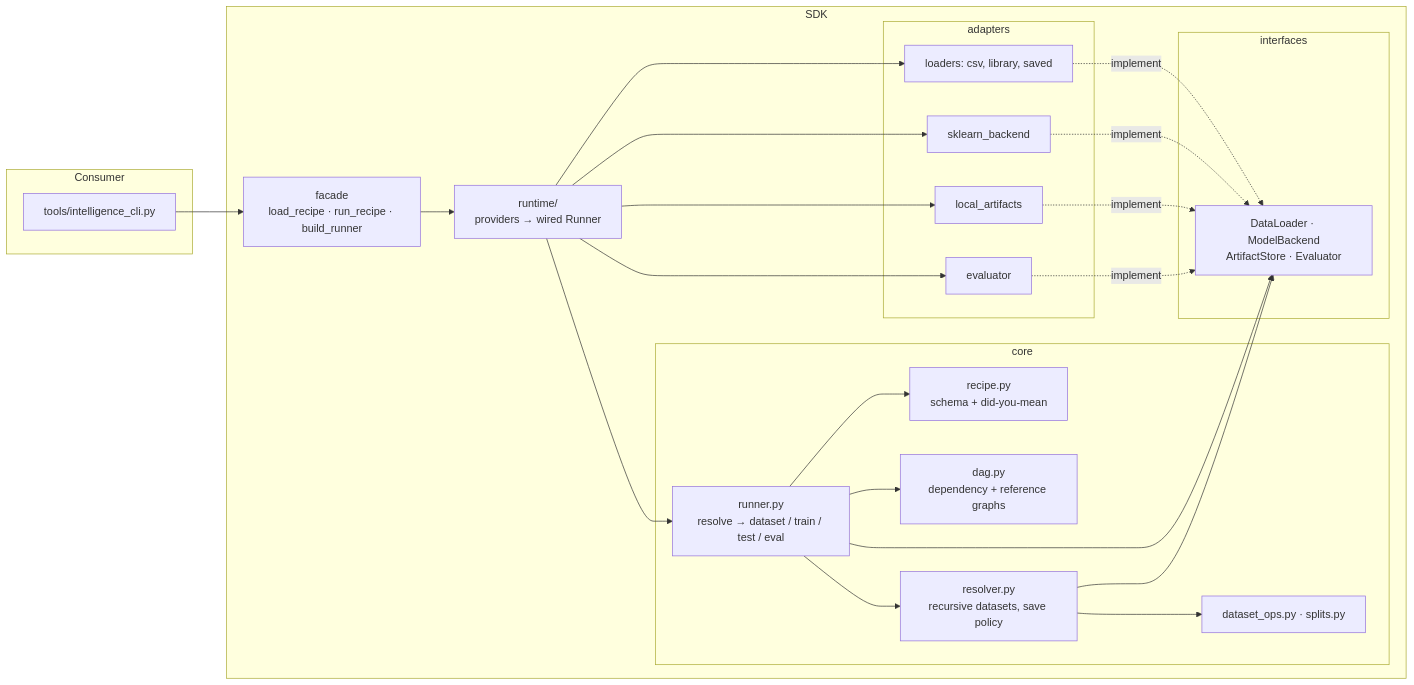
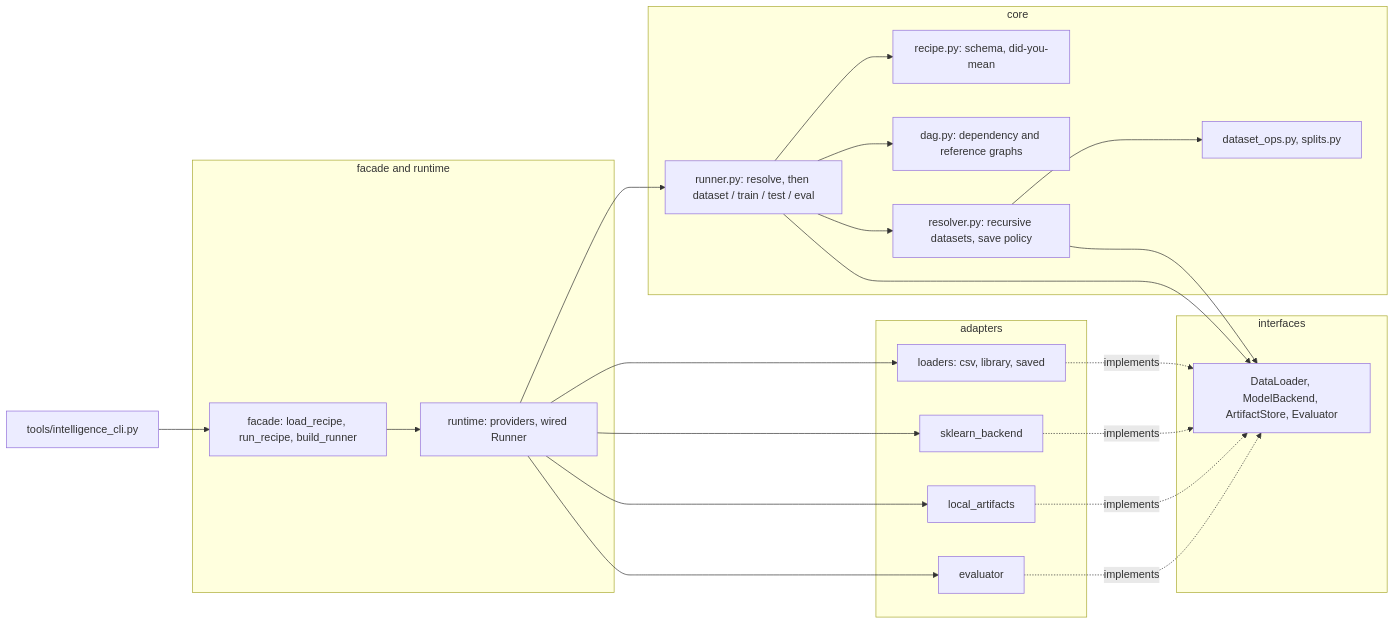
Before and after one commit to PS662/intelligence-sdk: the diagram in docs/ARCHITECTURE.md, drawn with Mermaid.

Commit message:
Minor fix to mermaid

````diff
--- a/docs/ARCHITECTURE.md
+++ b/docs/ARCHITECTURE.md
@@ -9,34 +9,46 @@
 ```mermaid
 flowchart LR
-    subgraph Consumer
-        CLI[tools/intelligence_cli.py]
+    CLI["tools/intelligence_cli.py"]
+
+    subgraph api ["facade and runtime"]
+        F["facade: load_recipe, run_recipe, build_runner"]
+        RT["runtime: providers, wired Runner"]
     end
-    subgraph SDK
-        F[facade<br/>load_recipe · run_recipe · build_runner]
-        RT[runtime/<br/>providers → wired Runner]
-        subgraph core
-            R[recipe.py<br/>schema + did-you-mean]
-            D[dag.py<br/>dependency + reference graphs]
-            RS[resolver.py<br/>recursive datasets, save policy]
-            RU[runner.py<br/>resolve → dataset / train / test / eval]
-            S[dataset_ops.py · splits.py]
-        end
-        subgraph interfaces
-            I[DataLoader · ModelBackend<br/>ArtifactStore · Evaluator]
-        end
-        subgraph adapters
-            A1[loaders: csv, library, saved]
-            A2[sklearn_backend]
-            A3[local_artifacts]
-            A4[evaluator]
-        end
+
+    subgraph domain ["core"]
+        R["recipe.py: schema, did-you-mean"]
+        D["dag.py: dependency and reference graphs"]
+        RS["resolver.py: recursive datasets, save policy"]
+        RU["runner.py: resolve, then dataset / train / test / eval"]
+        S["dataset_ops.py, splits.py"]
     end
-    CLI --> F --> RT
+
+    subgraph ports ["interfaces"]
+        I["DataLoader, ModelBackend, ArtifactStore, Evaluator"]
+    end
+
+    subgraph impl ["adapters"]
+        A1["loaders: csv, library, saved"]
+        A2["sklearn_backend"]
+        A3["local_artifacts"]
+        A4["evaluator"]
+    end
+
+    CLI --> F
+    F --> RT
     RT --> RU
-    RT --> A1 & A2 & A3 & A4
-    RU --> R & D & RS
+    RT --> A1
+    RT --> A2
+    RT --> A3
+    RT --> A4
+    RU --> R
+    RU --> D
+    RU --> RS
     RS --> S
     RU --> I
     RS --> I
-    A1 & A2 & A3 & A4 -.implement.-> I
+    A1 -. implements .-> I
+    A2 -. implements .-> I
+    A3 -. implements .-> I
+    A4 -. implements .-> I
 ```
````
